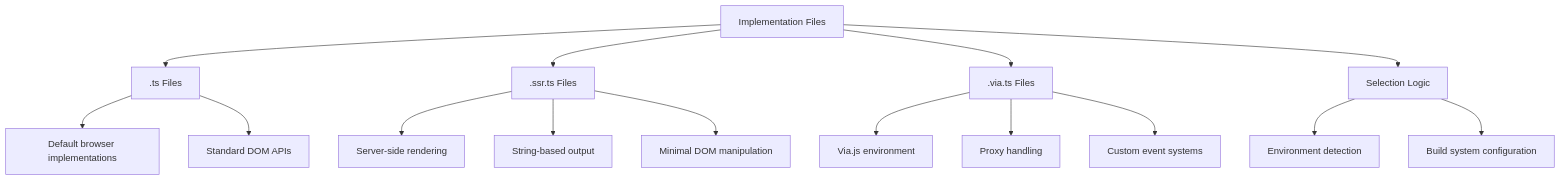
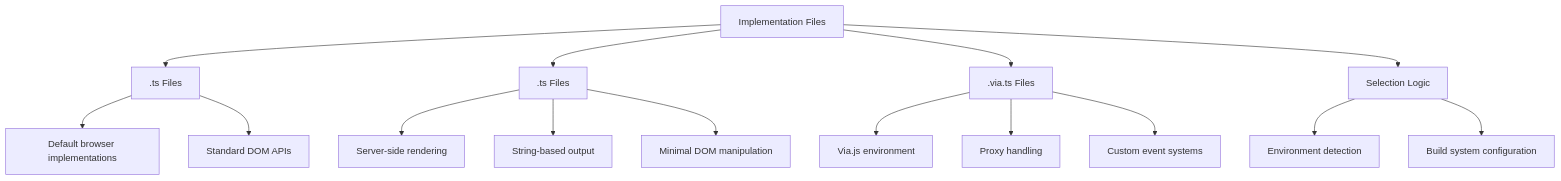
The third of 3 diagrams in .qoder/repowiki/en/content/Integration/Integration.md (wobyjs/woby), drawn with Mermaid before and after one commit. The commit also changed other lines of this file and 36 other files, not shown here.

````diff
--- a/.qoder/repowiki/en/content/Integration/Integration.md
+++ b/.qoder/repowiki/en/content/Integration/Integration.md
@@ -152,17 +152,17 @@
 ```mermaid
 graph TD
 A[Implementation Files] --> B[.ts Files]
-A --> C[.ssr.ts Files]
+A --> C[.ts Files]
 A --> D[.via.ts Files]
 B --> E[Default browser implementations]
 B --> F[Standard DOM APIs]
 C --> G[Server-side rendering]
 C --> H[String-based output]
 C --> I[Minimal DOM manipulation]
 D --> J[Via.js environment]
 D --> K[Proxy handling]
 D --> L[Custom event systems]
 A --> M[Selection Logic]
 M --> N[Environment detection]
 M --> O[Build system configuration]
 ```
````
